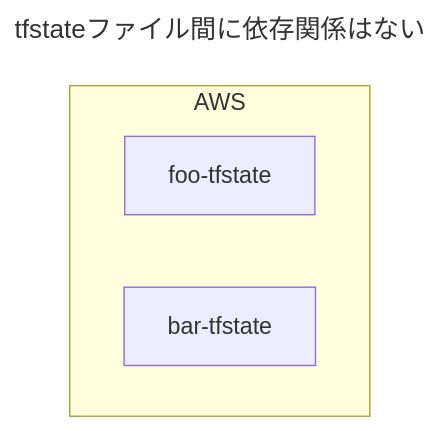
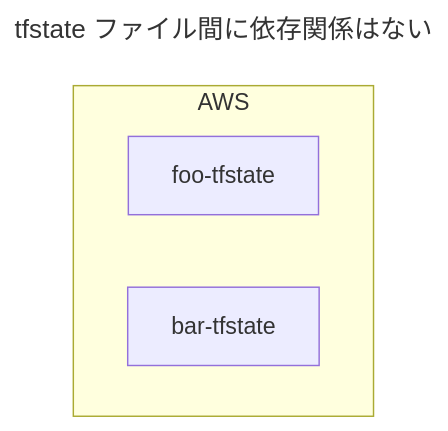
The first of 12 diagrams in dist/entry/2023/07/01/180257.md (hiroki-it/hatenablog), drawn with Mermaid before and after one commit. The commit also changed other lines of this file, not shown here.

````diff
--- a/dist/entry/2023/07/01/180257.md
+++ b/dist/entry/2023/07/01/180257.md
@@ -134,11 +134,11 @@
 ```mermaid
 ---
-title: tfstateファイル間に依存関係はない
+title: tfstate ファイル間に依存関係はない
 ---
 %%{init:{'theme':'default'}}%%
 flowchart TB
     subgraph AWS
         foo["foo-tfstate"]
         bar["bar-tfstate"]
     end
 ```
````
